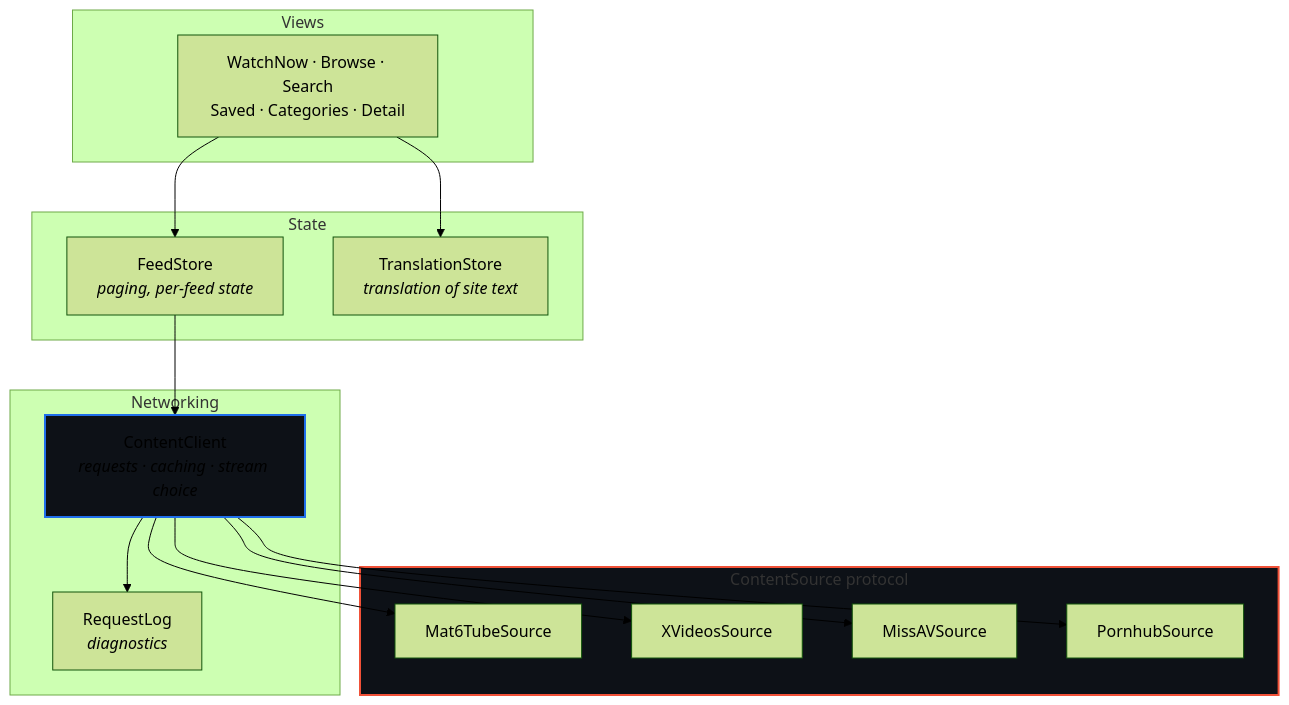
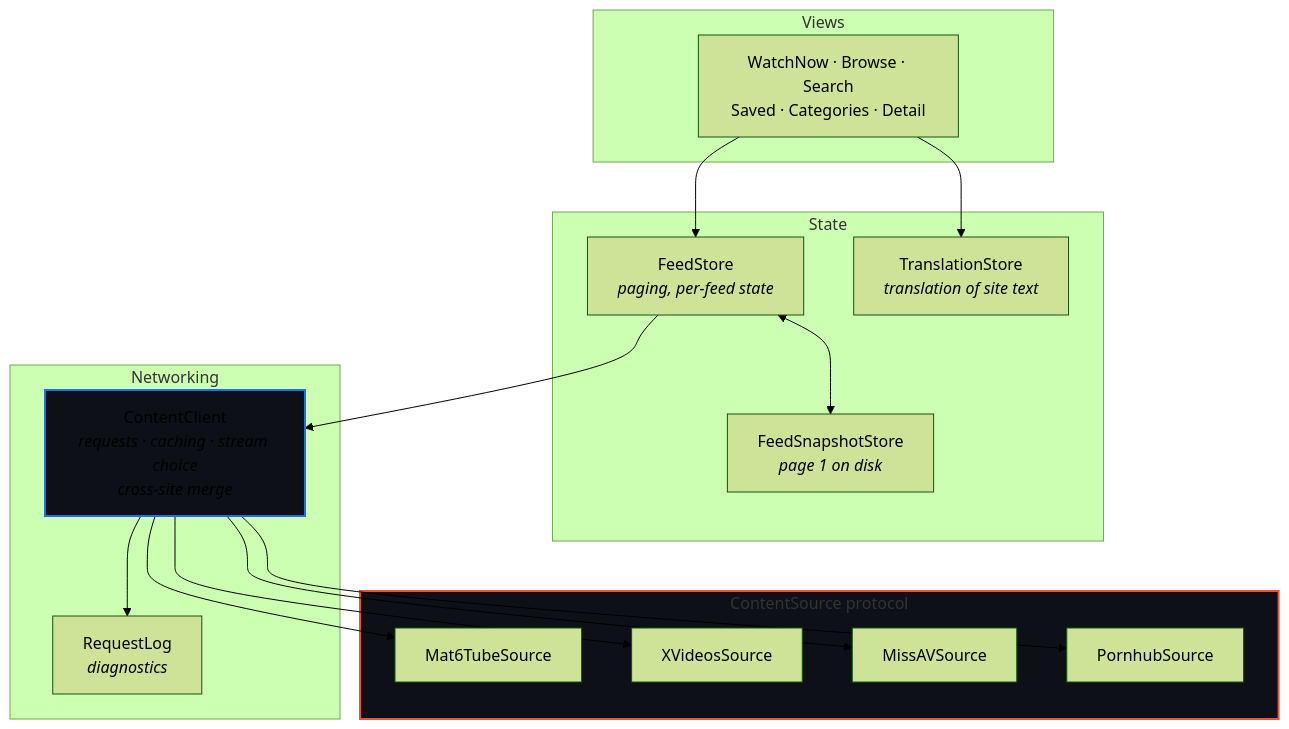
One commit to Nico8324/GetSome changed the diagram in README.md. Above: the diagram before and after it, drawn with Mermaid (forest theme). The commit also changed other lines of this file and 3 other files, not shown here.

````diff
--- a/README.md
+++ b/README.md
@@ -50,29 +91,31 @@
 ```mermaid
 flowchart TD
     subgraph ui [Views]
         A["WatchNow · Browse · Search<br/>Saved · Categories · Detail"]
     end
     subgraph state [State]
         B["FeedStore<br/><i>paging, per-feed state</i>"]
+        S["FeedSnapshotStore<br/><i>page 1 on disk</i>"]
         T["TranslationStore<br/><i>translation of site text</i>"]
     end
     subgraph net [Networking]
-        C["ContentClient<br/><i>requests · caching · stream choice</i>"]
+        C["ContentClient<br/><i>requests · caching · stream choice<br/>cross-site merge</i>"]
         L["RequestLog<br/><i>diagnostics</i>"]
     end
     subgraph src [ContentSource protocol]
         D[Mat6TubeSource]
         E[XVideosSource]
         F[MissAVSource]
         G[PornhubSource]
     end
 
     A --> B
     A --> T
+    B <--> S
     B --> C
     C --> L
     C --> D & E & F & G
 
     style src fill:#0d1117,stroke:#f05138,stroke-width:2px
     style C fill:#0d1117,stroke:#1f6feb,stroke-width:2px
 ```
````
